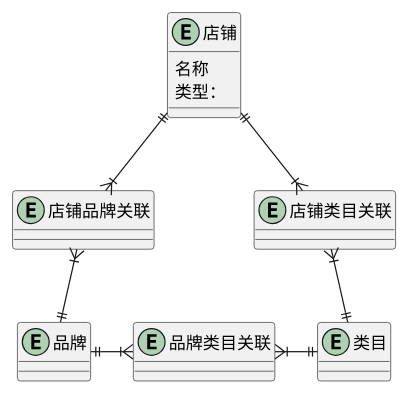
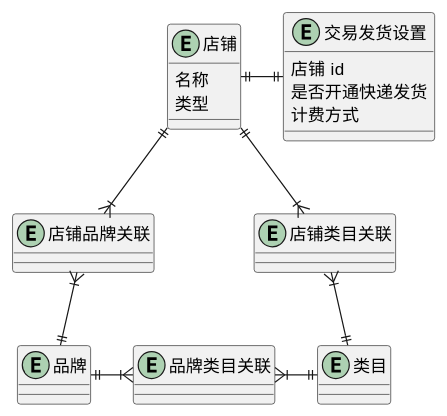
One commit to awesomecat2020/mock-mall changed the diagram in 店铺.wsd. Above: the diagram before and after it, drawn with PlantUML. The commit also changed 2 other files, not shown here.

```diff
--- a/店铺.wsd
+++ b/店铺.wsd
@@ -1,31 +1,39 @@
 @startuml 店铺UML
 
 entity 店铺 {
     名称
     ' 旗舰店、专卖店、专营店、自营店
-    类型：
+    类型
 }
 entity 品牌 {
 
 }
 entity 店铺品牌关联 {
 
 }
 entity 类目 {
 
 }
 entity 店铺类目关联 {
 
 }
 entity 品牌类目关联 {
 
 }
+entity 交易发货设置 {
+    店铺 id
+    是否开通快递发货
+    ' 0-按商品累加运费
+    ' 1-组合运费（推荐使用）
+    计费方式
+}
 
 店铺 ||--|{ 店铺品牌关联
 店铺品牌关联 }|--|| 品牌
 店铺 ||--|{ 店铺类目关联
 店铺类目关联 }|--|| 类目
 品牌 ||-|{ 品牌类目关联
 品牌类目关联 }|-|| 类目
+店铺 ||-|| 交易发货设置
 
 @enduml
```
